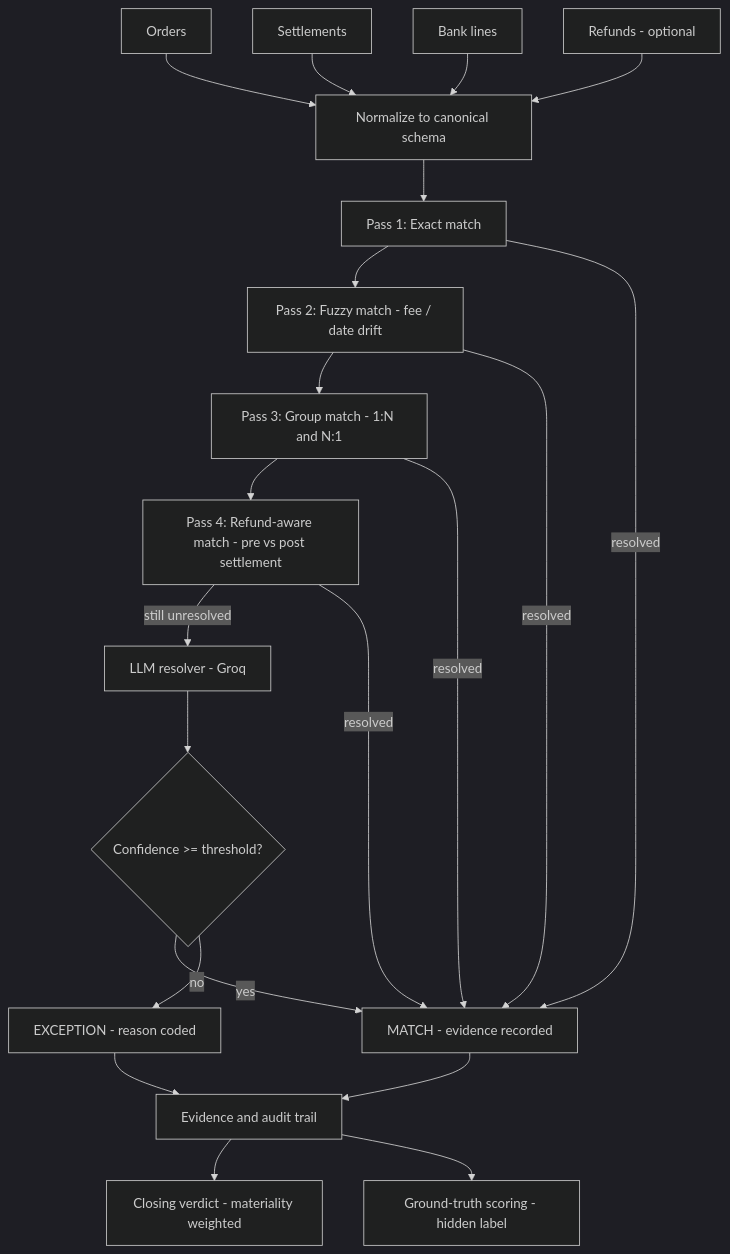
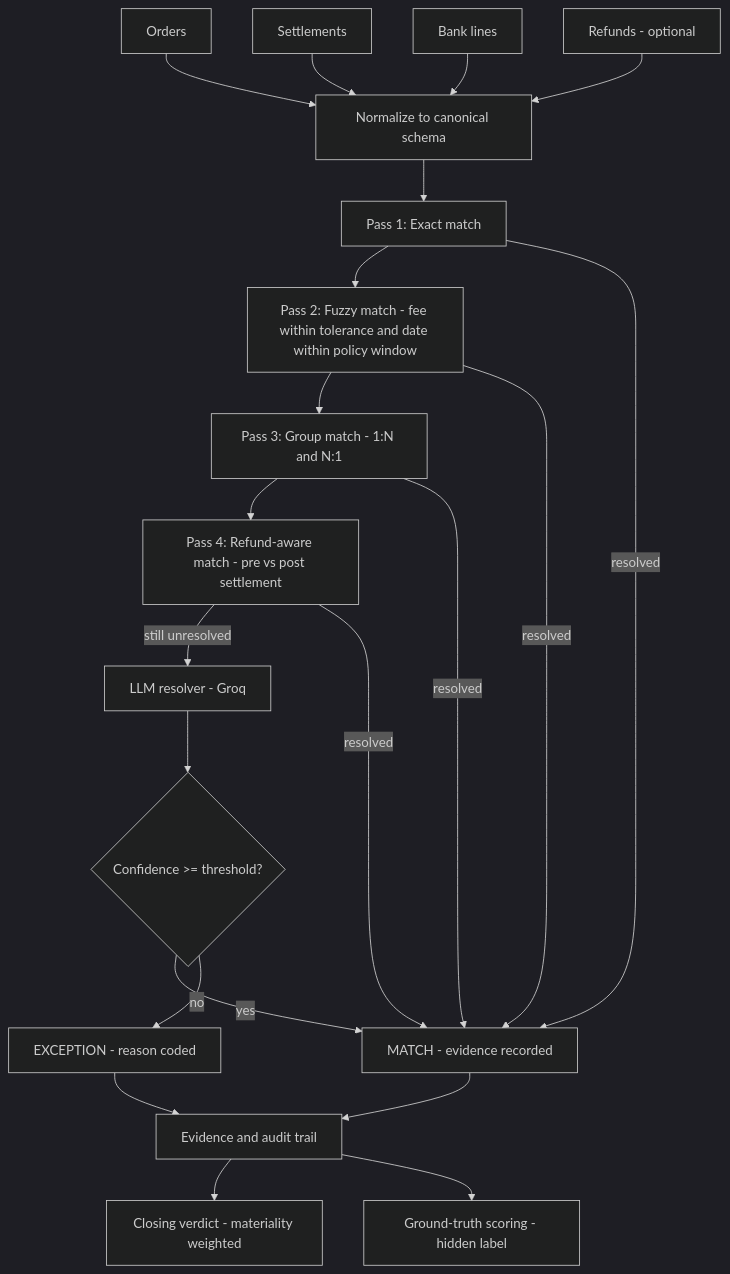
Before and after one commit to Shaurya55555/reconiq: the diagram in README.md, drawn with Mermaid (dark theme). The commit also changed other lines of this file, not shown here.

First line of the commit message:
Update README for the hard date-drift policy and credit-only match safety

````diff
--- a/README.md
+++ b/README.md
@@ -341,20 +348,20 @@
 ```mermaid
 flowchart TD
     O[Orders] --> N[Normalize to canonical schema]
     S[Settlements] --> N
     B[Bank lines] --> N
     R[Refunds - optional] --> N
     N --> D1[Pass 1: Exact match]
-    D1 --> D2[Pass 2: Fuzzy match - fee / date drift]
+    D1 --> D2[Pass 2: Fuzzy match - fee within tolerance and date within policy window]
     D2 --> D3[Pass 3: Group match - 1:N and N:1]
     D3 --> D4[Pass 4: Refund-aware match - pre vs post settlement]
     D4 -->|still unresolved| LLM[LLM resolver - Groq]
     LLM --> GATE{Confidence >= threshold?}
     GATE -->|yes| MATCH[MATCH - evidence recorded]
     GATE -->|no| EXC[EXCEPTION - reason coded]
     D1 & D2 & D3 & D4 -->|resolved| MATCH
     MATCH --> AUDIT[Evidence and audit trail]
     EXC --> AUDIT
     AUDIT --> VERDICT[Closing verdict - materiality weighted]
     AUDIT --> SCORE[Ground-truth scoring - hidden label]
 ```
````
